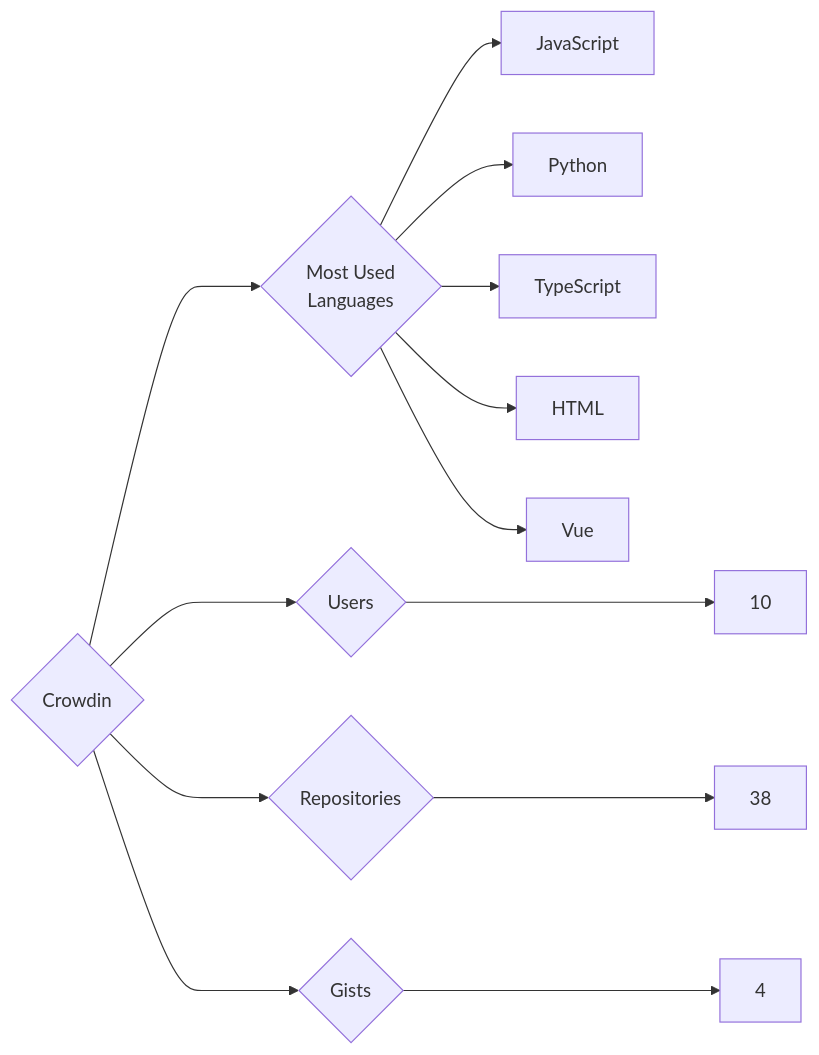
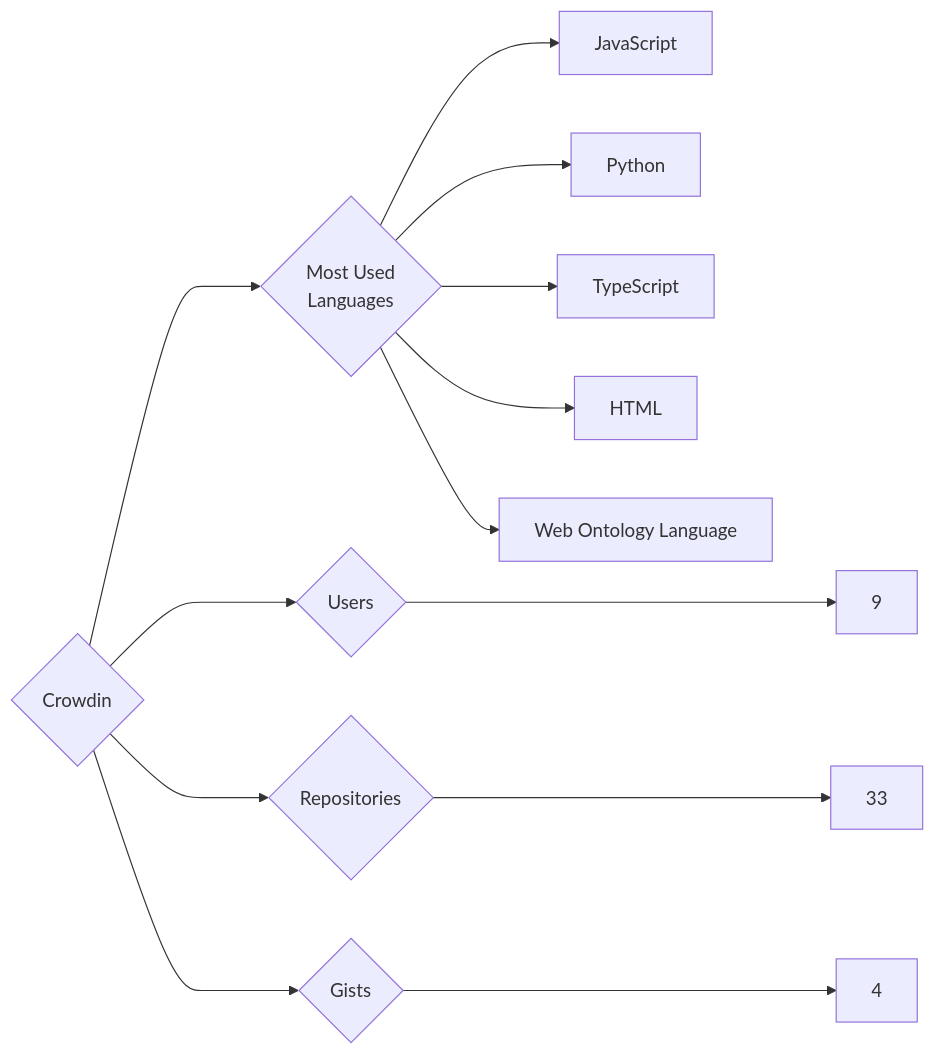
The diagram in targets/Crowdin/README.md (trickest/insiders), drawn with Mermaid before and after one commit. The commit also changed 1030 other files, not shown here.

````diff
--- a/targets/Crowdin/README.md
+++ b/targets/Crowdin/README.md
@@ -3,13 +3,13 @@
 ```mermaid
 graph LR
 COMPANY_NAME{Crowdin}
-COMPANY_NAME ---> U{Users} ---> UN[10]
-COMPANY_NAME ---> R{Repositories} ---> RN[38]
+COMPANY_NAME ---> U{Users} ---> UN[9]
+COMPANY_NAME ---> R{Repositories} ---> RN[33]
 COMPANY_NAME ---> G{Gists} ---> GN[4]
 COMPANY_NAME ---> ML{Most Used<br>Languages}
 ML --> JavaScript[JavaScript]
 ML --> Python[Python]
 ML --> TypeScript[TypeScript]
 ML --> HTML[HTML]
-ML --> Vue[Vue]
+ML --> Web_Ontology_Language[Web Ontology Language]
 ```
````
